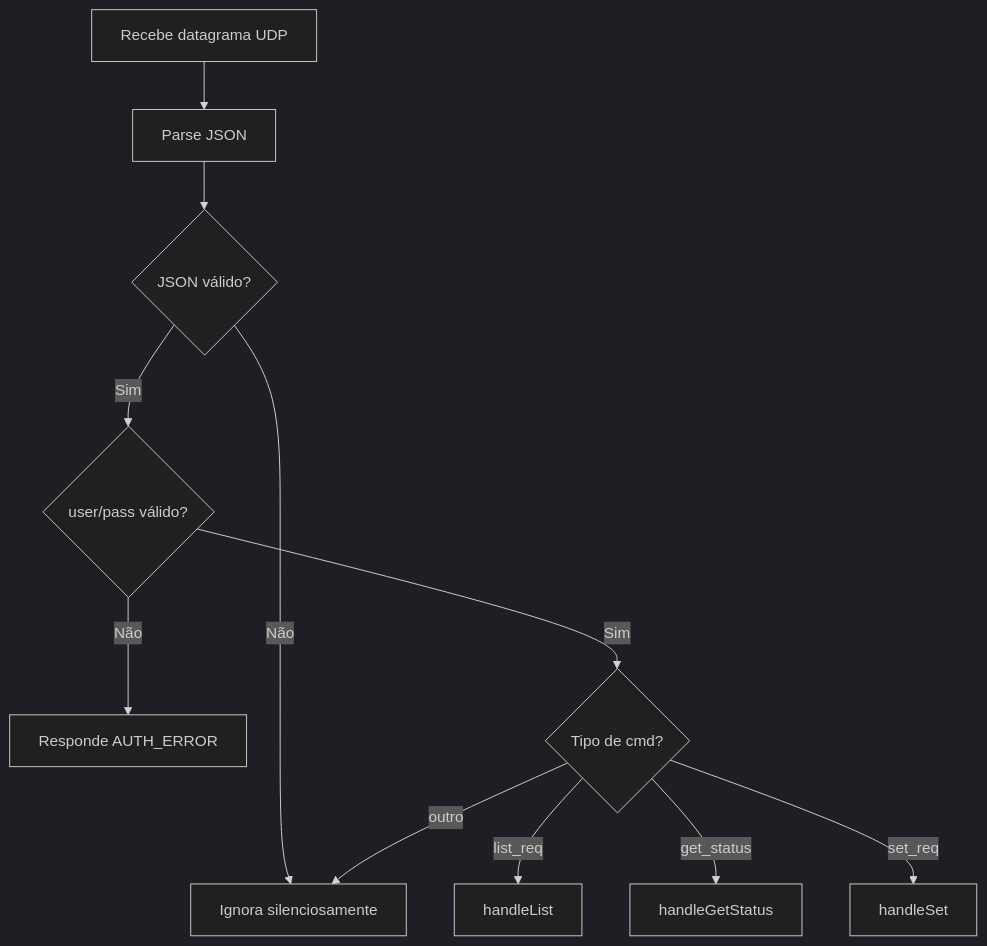
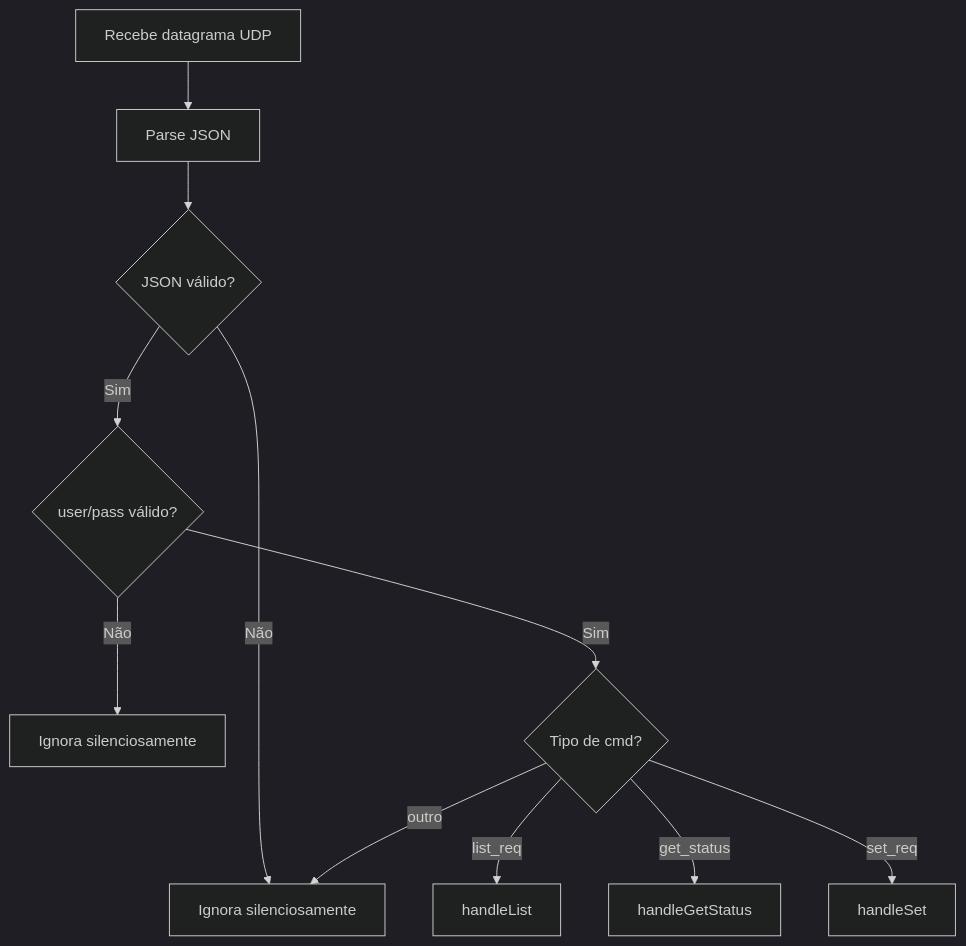
The diagram in docs/firmware/filial/overview.md (gugacarbo/UDP-IOT-Redes-AV3-3), drawn with Mermaid (dark theme) before and after one commit. The commit also changed other lines of this file and 20 other files, not shown here.

````diff
--- a/docs/firmware/filial/overview.md
+++ b/docs/firmware/filial/overview.md
@@ -129,13 +108,13 @@
 ```mermaid
 flowchart TD
     RECV[Recebe datagrama UDP] --> PARSE[Parse JSON]
     PARSE --> VALID{JSON válido?}
     VALID -->|Não| IGNORE[Ignora silenciosamente]
     VALID -->|Sim| AUTH{user/pass válido?}
-    AUTH -->|Não| ERR[Responde AUTH_ERROR]
+    AUTH -->|Não| IGNORE2[Ignora silenciosamente]
     AUTH -->|Sim| CMD{Tipo de cmd?}
     CMD -->|list_req| LIST[handleList]
     CMD -->|get_status| STATUS[handleGetStatus]
     CMD -->|set_req| SET[handleSet]
     CMD -->|outro| IGNORE
 ```
````
